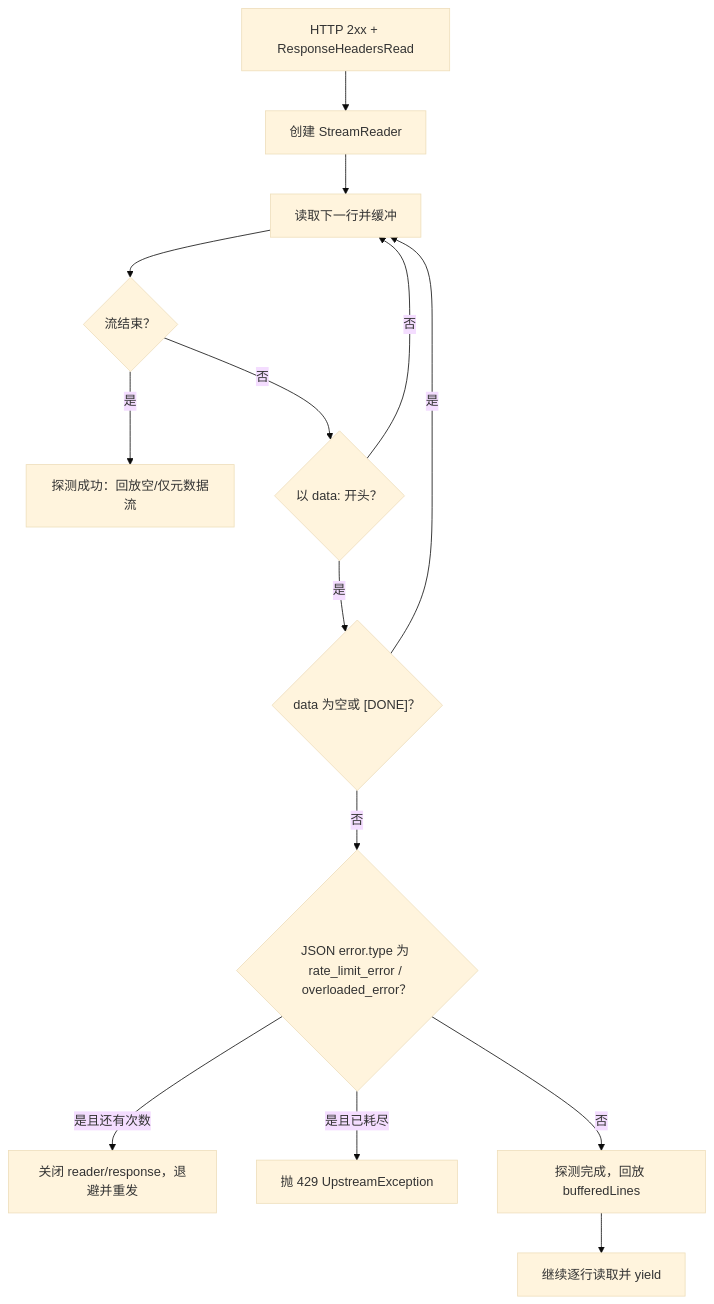
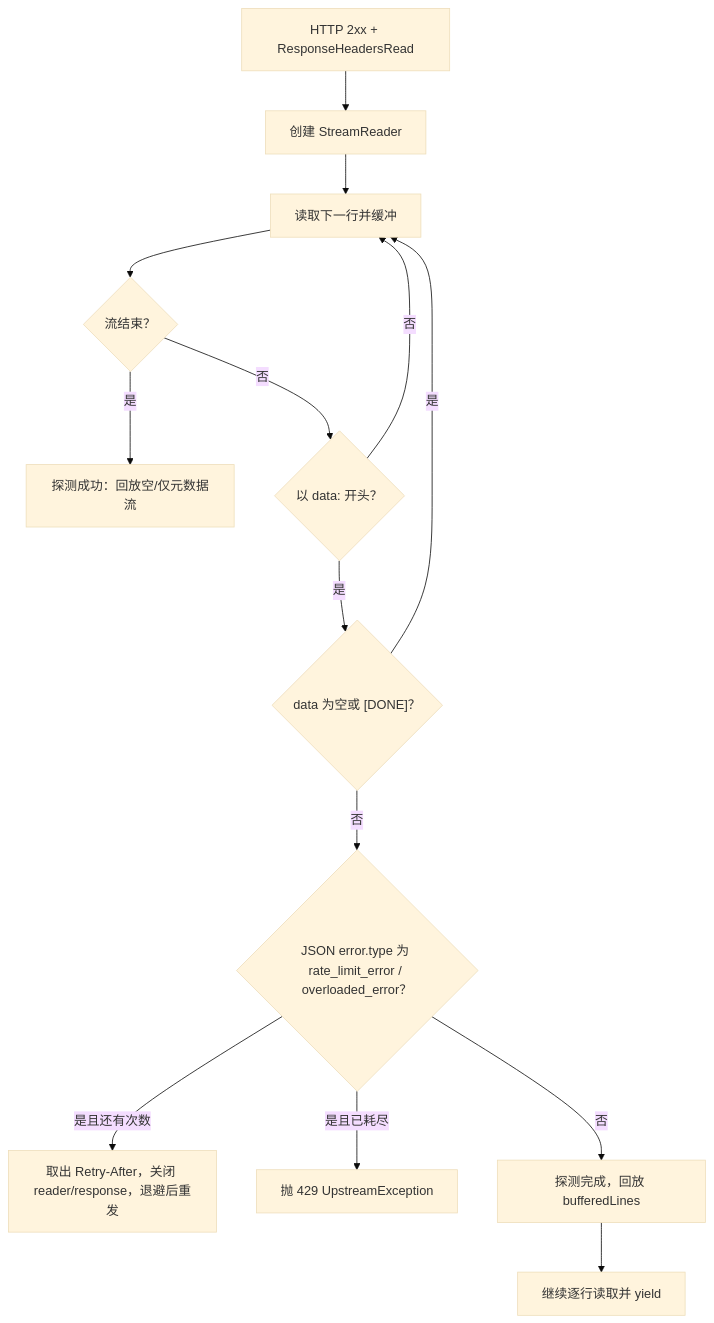
Before and after one commit to shL1481558059/OpenCodex: the third of 5 diagrams in doc/proxy-conversion/03-routing/03-failover-retry-and-timeout.md, drawn with Mermaid (base theme). The commit also changed other lines of this file and 8 other files, not shown here.

````diff
--- a/doc/proxy-conversion/03-routing/03-failover-retry-and-timeout.md
+++ b/doc/proxy-conversion/03-routing/03-failover-retry-and-timeout.md
@@ -224,16 +238,16 @@
 ```mermaid
 flowchart TD
     A["HTTP 2xx + ResponseHeadersRead"] --> B["创建 StreamReader"]
     B --> C["读取下一行并缓冲"]
     C --> D{"流结束？"}
     D -- "是" --> E["探测成功：回放空/仅元数据流"]
     D -- "否" --> F{"以 data: 开头？"}
     F -- "否" --> C
     F -- "是" --> G{"data 为空或 [DONE]？"}
     G -- "是" --> C
     G -- "否" --> H{"JSON error.type 为 rate_limit_error / overloaded_error？"}
-    H -- "是且还有次数" --> I["关闭 reader/response，退避并重发"]
+    H -- "是且还有次数" --> I["取出 Retry-After，关闭 reader/response，退避后重发"]
     H -- "是且已耗尽" --> J["抛 429 UpstreamException"]
     H -- "否" --> K["探测完成，回放 bufferedLines"]
     K --> L["继续逐行读取并 yield"]
 ```
````
